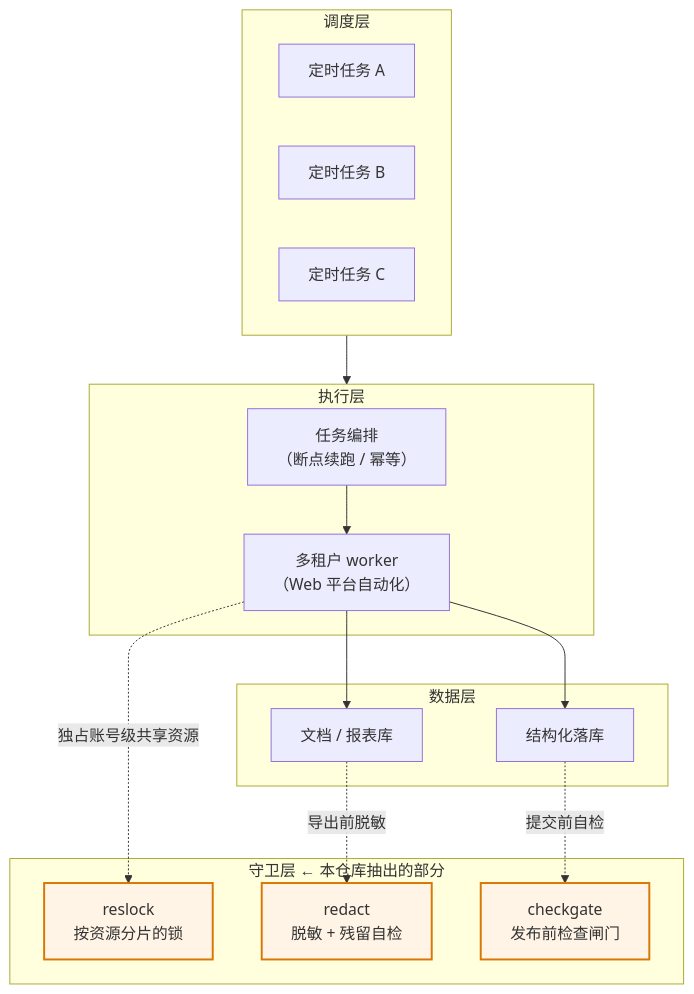
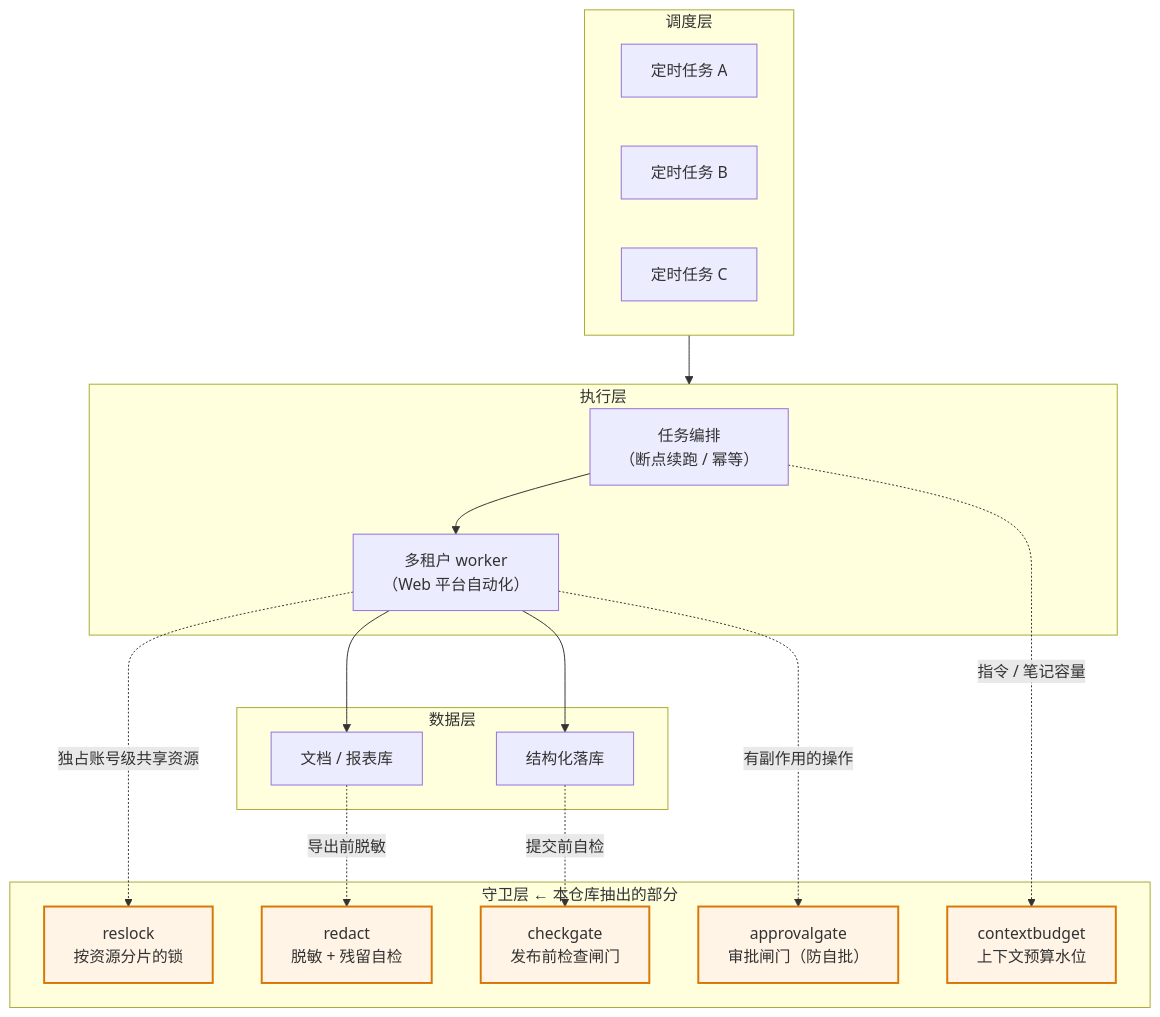
The first of 3 diagrams in docs/architecture.md (lq755467102-art/raising-a-zero-agent), drawn with Mermaid before and after one commit. The commit also changed other lines of this file and 6 other files, not shown here.

````diff
--- a/docs/architecture.md
+++ b/docs/architecture.md
@@ -10,37 +10,41 @@
 ```mermaid
 flowchart TB
     subgraph SCHED["调度层"]
         direction LR
         T1["定时任务 A"]
         T2["定时任务 B"]
         T3["定时任务 C"]
     end
 
     subgraph EXEC["执行层"]
         ORCH["任务编排<br/>（断点续跑 / 幂等）"]
         WORK["多租户 worker<br/>（Web 平台自动化）"]
     end
 
     subgraph GUARD["守卫层 ← 本仓库抽出的部分"]
         LOCK["reslock<br/>按资源分片的锁"]
         RED["redact<br/>脱敏 + 残留自检"]
         GATE["checkgate<br/>发布前检查闸门"]
+        APPR["approvalgate<br/>审批闸门（防自批）"]
+        BUDG["contextbudget<br/>上下文预算水位"]
     end
 
     subgraph DATA["数据层"]
         DB["结构化落库"]
         DOC["文档 / 报表库"]
     end
 
     SCHED --> EXEC
     ORCH --> WORK
     WORK --> DB
     WORK --> DOC
 
     WORK -. "独占账号级共享资源" .-> LOCK
     DOC -. "导出前脱敏" .-> RED
     DB -. "提交前自检" .-> GATE
+    WORK -. "有副作用的操作" .-> APPR
+    ORCH -. "指令 / 笔记容量" .-> BUDG
 
     classDef guard fill:#fff4e5,stroke:#d97706,stroke-width:2px;
-    class LOCK,RED,GATE guard;
+    class LOCK,RED,GATE,APPR,BUDG guard;
 ```
````
